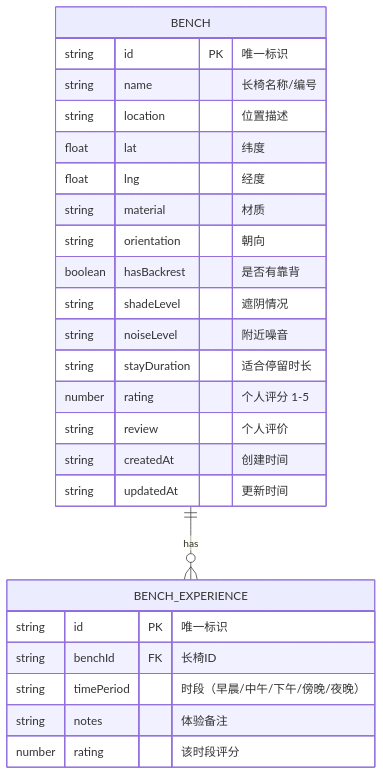
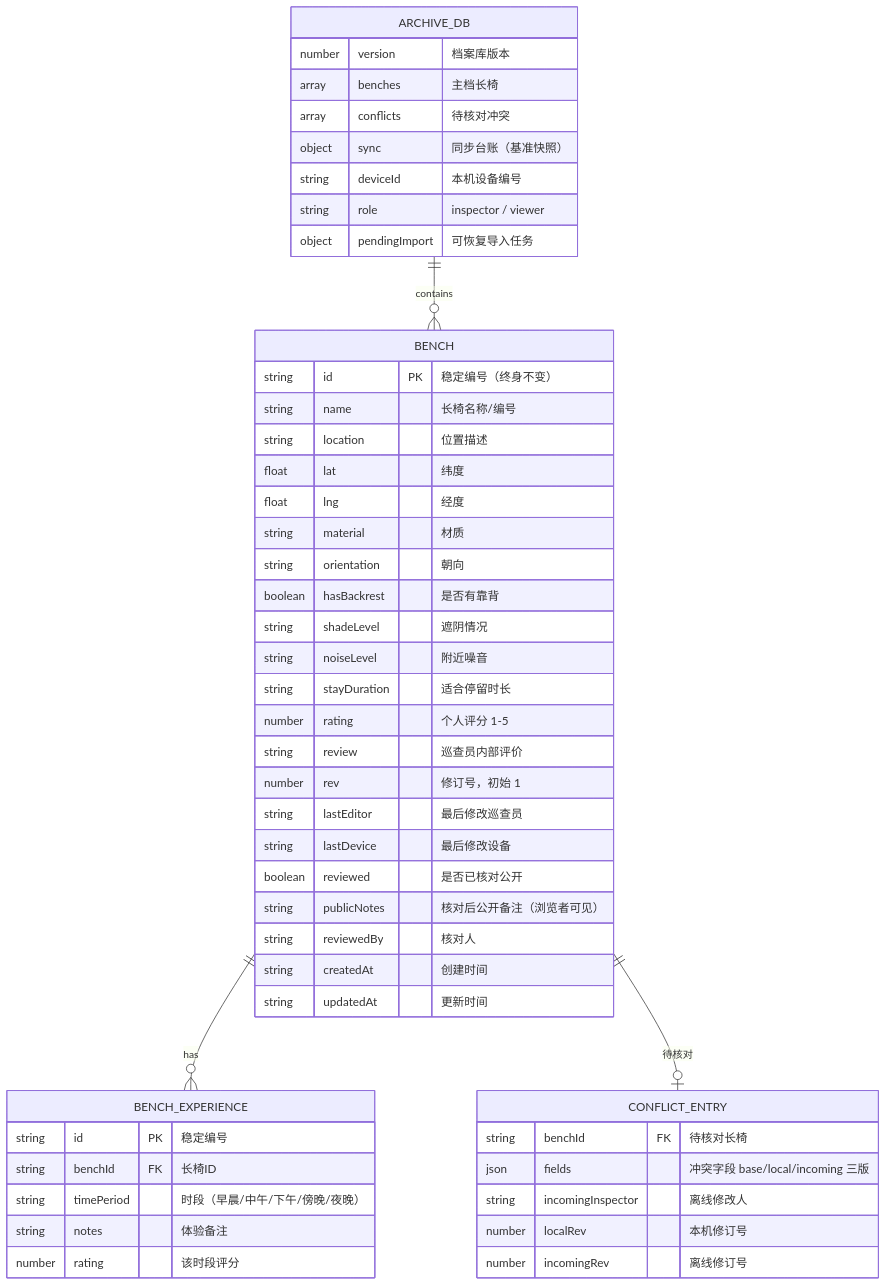
Before and after one commit to aliAjax/pair-wise-yf-2-6jo2: the third of 3 diagrams in .trae/documents/技术架构.md, drawn with Mermaid. The commit also changed other lines of this file and 18 other files, not shown here.

````diff
--- a/.trae/documents/技术架构.md
+++ b/.trae/documents/技术架构.md
@@ -46,30 +77,56 @@
 ```mermaid
 erDiagram
     BENCH {
-        string id PK "唯一标识"
+        string id PK "稳定编号（终身不变）"
         string name "长椅名称/编号"
         string location "位置描述"
         float lat "纬度"
         float lng "经度"
         string material "材质"
         string orientation "朝向"
         boolean hasBackrest "是否有靠背"
         string shadeLevel "遮阴情况"
         string noiseLevel "附近噪音"
         string stayDuration "适合停留时长"
         number rating "个人评分 1-5"
-        string review "个人评价"
+        string review "巡查员内部评价"
+        number rev "修订号，初始 1"
+        string lastEditor "最后修改巡查员"
+        string lastDevice "最后修改设备"
+        boolean reviewed "是否已核对公开"
+        string publicNotes "核对后公开备注（浏览者可见）"
+        string reviewedBy "核对人"
         string createdAt "创建时间"
         string updatedAt "更新时间"
     }
-    
+
     BENCH_EXPERIENCE {
-        string id PK "唯一标识"
+        string id PK "稳定编号"
         string benchId FK "长椅ID"
         string timePeriod "时段（早晨/中午/下午/傍晚/夜晚）"
         string notes "体验备注"
         number rating "该时段评分"
     }
-    
+
+    CONFLICT_ENTRY {
+        string benchId FK "待核对长椅"
+        json fields "冲突字段 base/local/incoming 三版"
+        string incomingInspector "离线修改人"
+        number localRev "本机修订号"
+        number incomingRev "离线修订号"
+    }
+
+    ARCHIVE_DB {
+        number version "档案库版本"
+        array benches "主档长椅"
+        array conflicts "待核对冲突"
+        object sync "同步台账（基准快照）"
+        string deviceId "本机设备编号"
+        string role "inspector / viewer"
+        object pendingImport "可恢复导入任务"
+    }
+
     BENCH ||--o{ BENCH_EXPERIENCE : has
+    BENCH ||--o| CONFLICT_ENTRY : "待核对"
+    ARCHIVE_DB ||--o{ BENCH : contains
 ```
````
